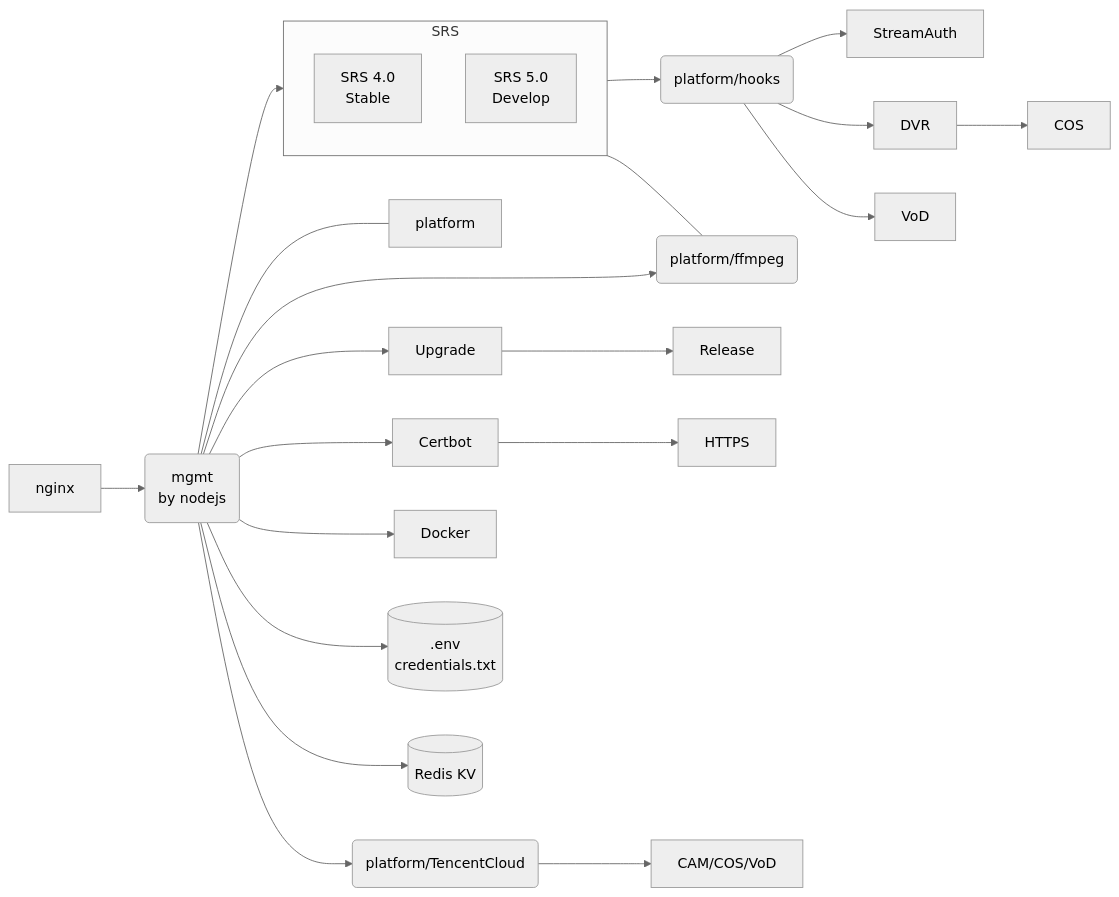
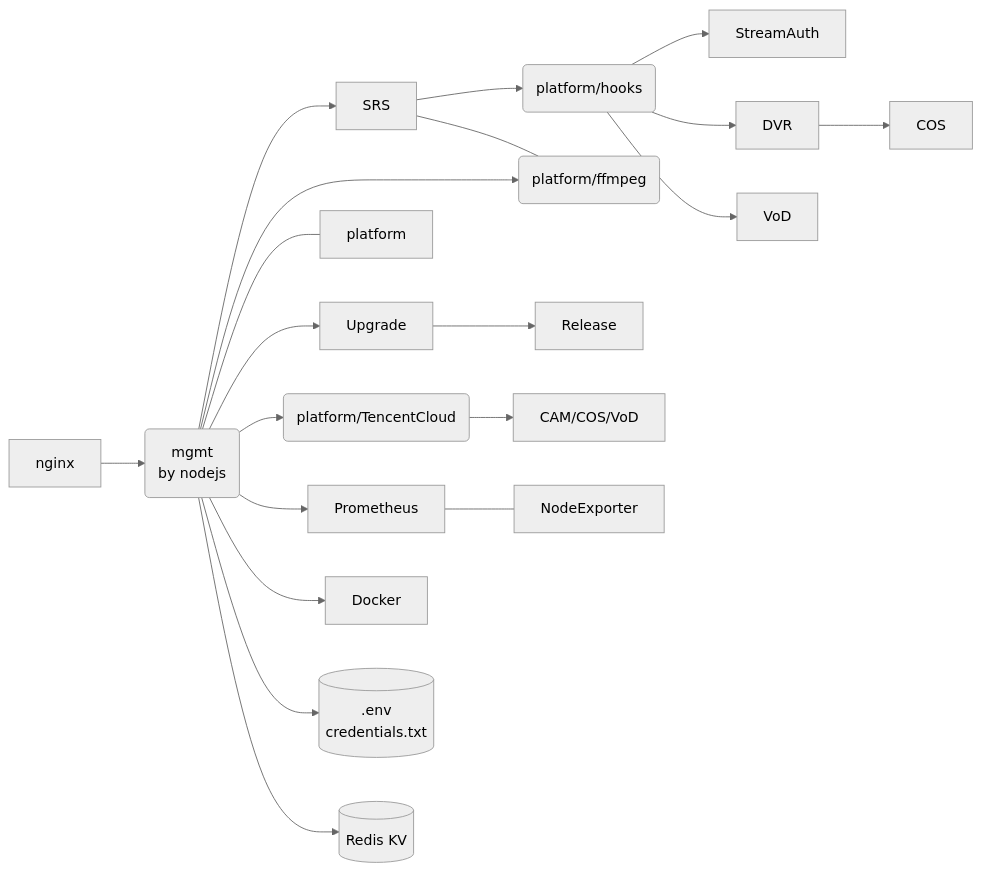
Before and after one commit to ossrs/oryx: the first of 2 diagrams in README.md, drawn with Mermaid (neutral theme). The commit also changed other lines of this file and 5 other files, not shown here.

````diff
--- a/README.md
+++ b/README.md
@@ -29,19 +30,15 @@
 ```mermaid
 flowchart LR;
   nginx --> mgmt(mgmt<br/>by nodejs);
-  subgraph SRS;
-    SRSR[SRS 4.0<br/>Stable];
-    SRSD[SRS 5.0<br/>Develop];
-  end
   mgmt --> SRS --> Hooks(platform/hooks) --> StreamAuth & DVR & VoD;
   DVR --> COS;
   mgmt --> FFmpeg(platform/ffmpeg);
   mgmt --- platform;
   SRS --- FFmpeg(platform/ffmpeg);
   mgmt --> Upgrade --> Release;
-  mgmt --> Certbot --> HTTPS;
   mgmt --> TencentCloud(platform/TencentCloud) --> CAM[CAM/COS/VoD];
+  mgmt --> Prometheus --- NodeExporter;
   mgmt --> Docker;
   mgmt --> Env[(.env<br/>credentials.txt)];
   mgmt --> Redis[(Redis KV)];
 ```
````
